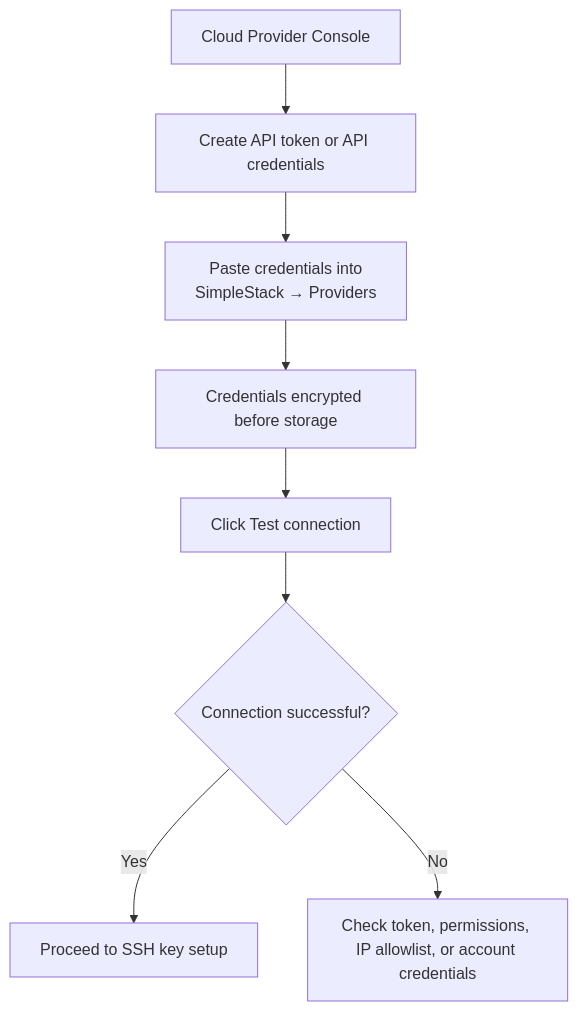
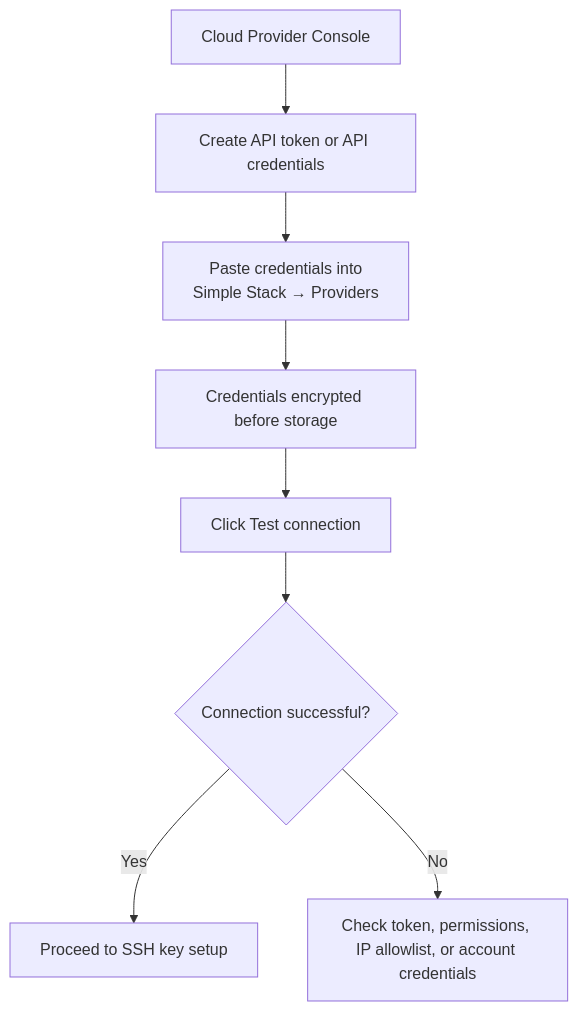
One commit to onedogsolutions/simple-stack changed the third of 6 diagrams in .qoder/repowiki/en/content/Getting Started.md. Above: the diagram before and after it, drawn with Mermaid. The commit also changed other lines of this file and 5941 other files, not shown here.

First line of the commit message:
refactor(core): rebrand WPCloudDeploy to Simple Stack with new namespaces and prefixes

````diff
--- a/.qoder/repowiki/en/content/Getting Started.md
+++ b/.qoder/repowiki/en/content/Getting Started.md
@@ -135,10 +135,10 @@
 ```mermaid
 flowchart TD
 Provider["Cloud Provider Console"] --> Token["Create API token or API credentials"]
-Token --> Configure["Paste credentials into<br/>SimpleStack → Providers"]
+Token --> Configure["Paste credentials into<br/>Simple Stack → Providers"]
 Configure --> Encrypt["Credentials encrypted before storage"]
 Encrypt --> Test["Click Test connection"]
 Test --> Ready{"Connection successful?"}
 Ready --> |Yes| Provisioning["Proceed to SSH key setup"]
 Ready --> |No| FixAuth["Check token, permissions, IP allowlist, or account credentials"]
 ```
````
